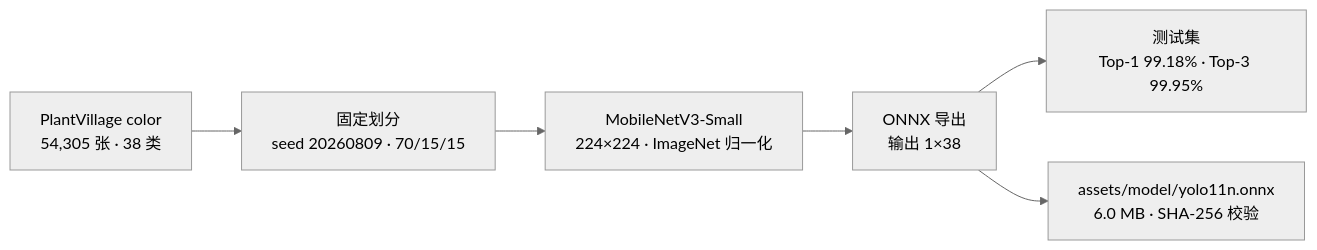
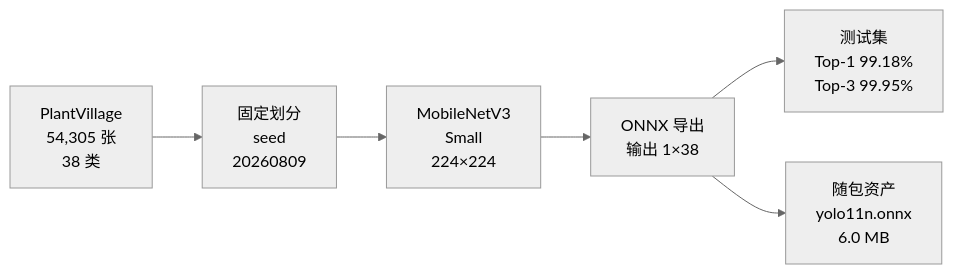
One commit to ououlin/AgroVision changed the second of 2 diagrams in README.md. Above: the diagram before and after it, drawn with Mermaid (neutral theme). The commit also changed other lines of this file, not shown here.

First line of the commit message:
docs(readme): 调整两张 mermaid 图的排版，消除中文断行

````diff
--- a/README.md
+++ b/README.md
@@ -110,8 +110,8 @@
 ```mermaid
 flowchart LR
-    A["PlantVillage color<br/>54,305 张 · 38 类"] --> B["固定划分<br/>seed 20260809 · 70/15/15"]
-    B --> C["MobileNetV3-Small<br/>224×224 · ImageNet 归一化"]
+    A["PlantVillage<br/>54,305 张<br/>38 类"] --> B["固定划分<br/>seed<br/>20260809"]
+    B --> C["MobileNetV3<br/>Small<br/>224×224"]
     C --> D["ONNX 导出<br/>输出 1×38"]
-    D --> E["测试集<br/>Top-1 99.18% · Top-3 99.95%"]
-    D --> F["assets/model/yolo11n.onnx<br/>6.0 MB · SHA-256 校验"]
+    D --> E["测试集<br/>Top-1 99.18%<br/>Top-3 99.95%"]
+    D --> F["随包资产<br/>yolo11n.onnx<br/>6.0 MB"]
 ```
````
